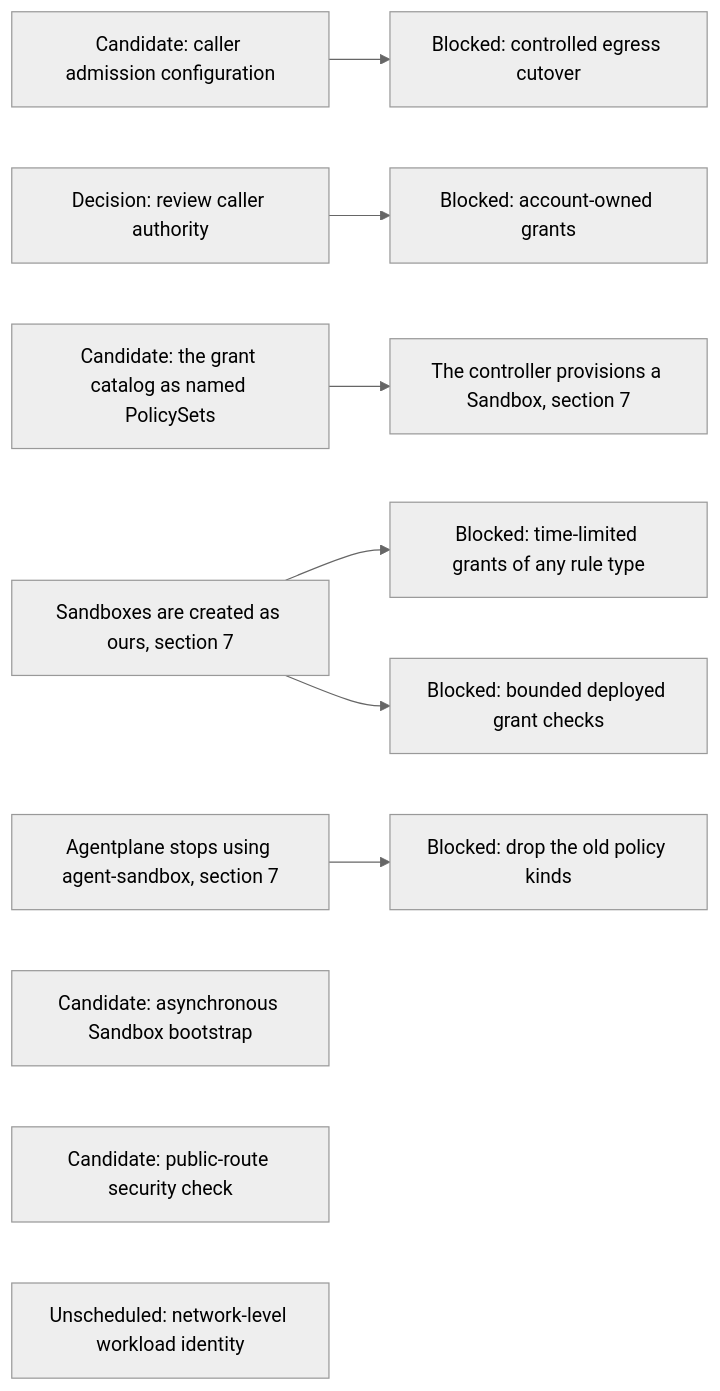
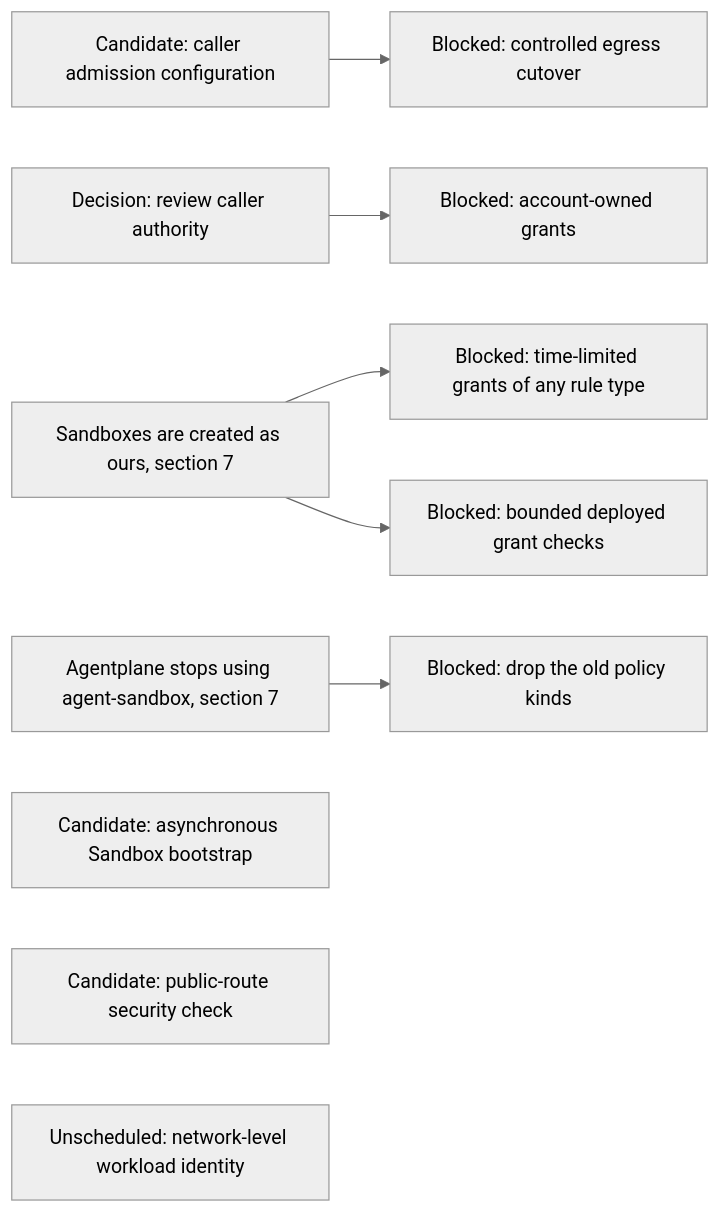
The eighth of 14 diagrams in agentplane/plans/task_dag.md (agentydragon-agent/ducktape), drawn with Mermaid (neutral theme) before and after one commit. The commit also changed other lines of this file and 7 other files, not shown here.

````diff
--- a/agentplane/plans/task_dag.md
+++ b/agentplane/plans/task_dag.md
@@ -481,14 +481,12 @@
 ```mermaid
 flowchart LR
     PC_EGRESS_CREDENTIALS[Candidate: caller admission configuration] --> PC_EGRESS[Blocked: controlled egress cutover]
     CLAUDE_AI_SA[Decision: review caller authority] --> MANAGED_SA_RBAC[Blocked: account-owned grants]
-    KUBERNETES_POLICY_SETS[Candidate: the grant catalog as named PolicySets]
-    KUBERNETES_POLICY_SETS --> SANDBOX_CONTROLLER_PROVISIONING[The controller provisions a Sandbox, section 7]
     SANDBOX_CREATE_CUTOVER[Sandboxes are created as ours, section 7] --> POLICY_RUNTIME_GRANTS[Blocked: time-limited grants of any rule type]
     SANDBOX_CREATE_CUTOVER --> SANDBOX_RBAC
     AGENT_SANDBOX_RETIRE[Agentplane stops using agent-sandbox, section 7] --> OLD_POLICY_KINDS_DROP[Blocked: drop the old policy kinds]
     BOOTSTRAP_PROGRESS_CONTRACT[Candidate: asynchronous Sandbox bootstrap]
     SANDBOX_RBAC[Blocked: bounded deployed grant checks]
     NOTIFICATION_INGRESS_BOUNDARY[Candidate: public-route security check]
     NETWORK_WORKLOAD_IDENTITY[Unscheduled: network-level workload identity]
 ```
````
